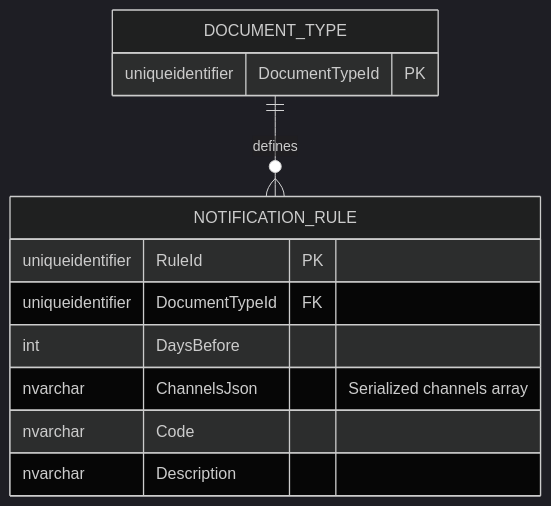
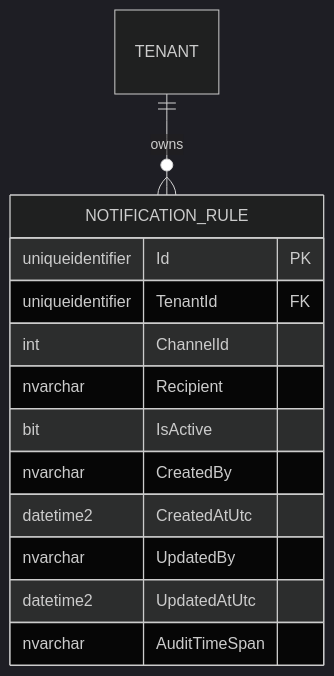
The third of 3 diagrams in docs/domain/approvals/notification-rule.md (beyondnetcode/ums), drawn with Mermaid (dark theme) before and after one commit. The commit also changed other lines of this file and 19 other files, not shown here.

````diff
--- a/docs/domain/approvals/notification-rule.md
+++ b/docs/domain/approvals/notification-rule.md
@@ -88,16 +99,17 @@
 ```mermaid
 erDiagram
-    DOCUMENT_TYPE ||--o{ NOTIFICATION_RULE : "defines"
+    TENANT ||--o{ NOTIFICATION_RULE : "owns"
 
-    DOCUMENT_TYPE {
-        uniqueidentifier DocumentTypeId PK
-    }
     NOTIFICATION_RULE {
-        uniqueidentifier RuleId PK
-        uniqueidentifier DocumentTypeId FK
-        int DaysBefore
-        nvarchar ChannelsJson "Serialized channels array"
-        nvarchar Code
-        nvarchar Description
+        uniqueidentifier Id PK
+        uniqueidentifier TenantId FK
+        int ChannelId
+        nvarchar Recipient
+        bit IsActive
+        nvarchar CreatedBy
+        datetime2 CreatedAtUtc
+        nvarchar UpdatedBy
+        datetime2 UpdatedAtUtc
+        nvarchar AuditTimeSpan
     }
 ```
````
